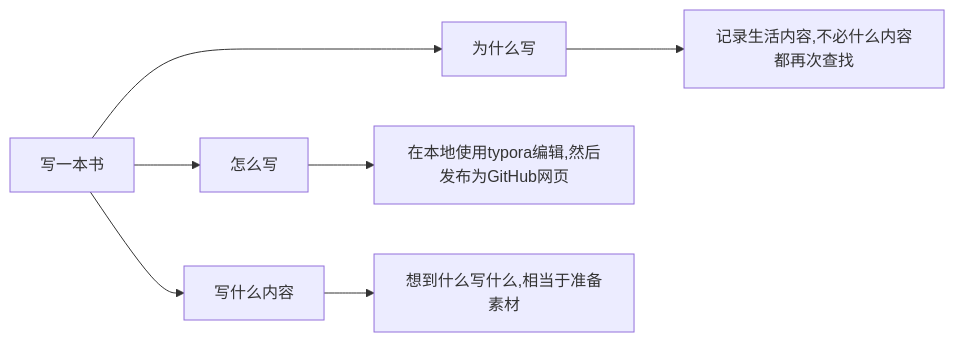
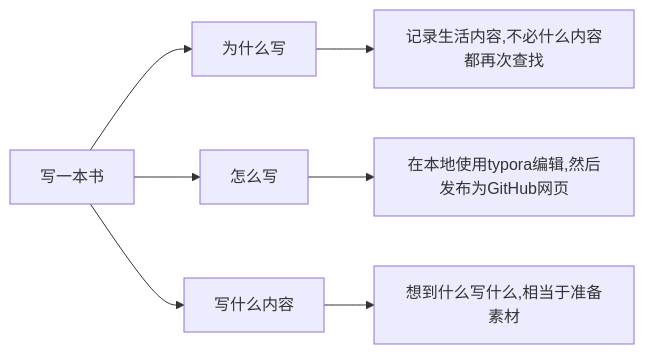
One commit to zdylzdyl/zdylzdyl.github.io changed the first of 2 diagrams in blog_config.md. Above: the diagram before and after it, drawn with Mermaid. The commit also changed other lines of this file, not shown here.

Commit message:
try mermaid

````diff
--- a/blog_config.md
+++ b/blog_config.md
@@ -12,9 +16,9 @@
 ```mermaid
 graph LR;
-写一本书--->为什么写;
+写一本书-->为什么写;
 写一本书-->怎么写;
 写一本书-->写什么内容;
 为什么写-->记录生活内容,不必什么内容都再次查找;
 怎么写-->在本地使用typora编辑,然后发布为GitHub网页;
 写什么内容-->想到什么写什么,相当于准备素材;
 ```
````
